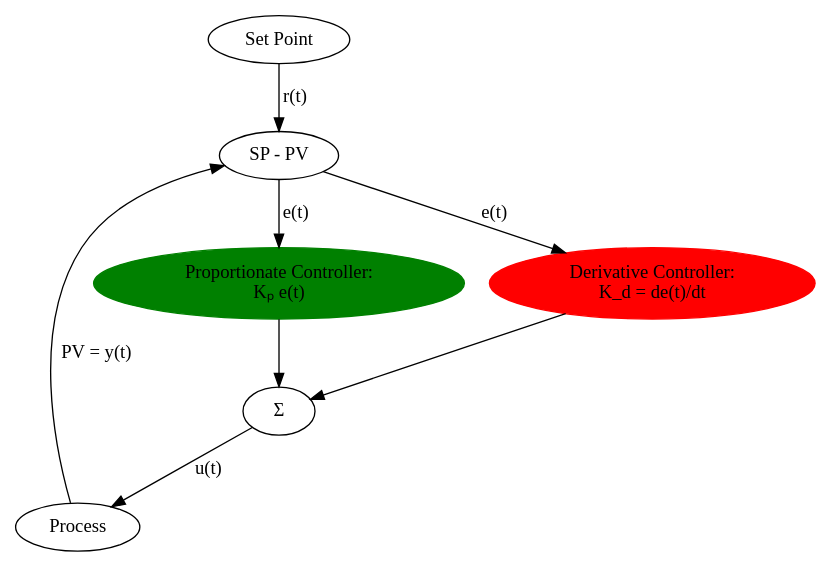
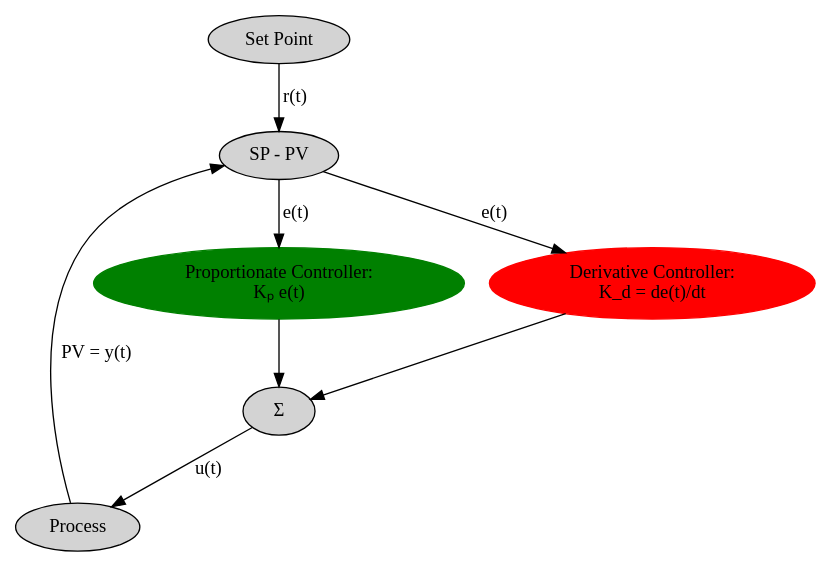
Before and after one commit to brain-fuel-co/feedback: the diagram in pid-dotfiles/pd-controller.dot, drawn with Graphviz. The commit also changed 5 other files, not shown here.

```diff
--- a/pid-dotfiles/pd-controller.dot
+++ b/pid-dotfiles/pd-controller.dot
@@ -1,16 +1,17 @@
 digraph PD {
+    node [style=filled];
     SP [label="Set Point"];
     PR [label="Process"];
     S1 [label="SP - PV"];
-    P  [style=filled,color=green,label="Proportionate Controller:\nKₚ e(t)"];
-    D  [style=filled,color=red,label="Derivative Controller:\nK_d = de(t)/dt"];
+    P  [color=green,label="Proportionate Controller:\nKₚ e(t)"];
+    D  [color=red,label="Derivative Controller:\nK_d = de(t)/dt"];
     S2 [label="Σ"];
 
     SP -> S1 [label="r(t)"];
     PR -> S1 [label="PV = y(t)"];
     S1 -> P  [label="e(t)"];
     S1 -> D  [label="e(t)"];
     P  -> S2;
     D  -> S2;
     S2 -> PR [label="u(t)"];
 }
```
